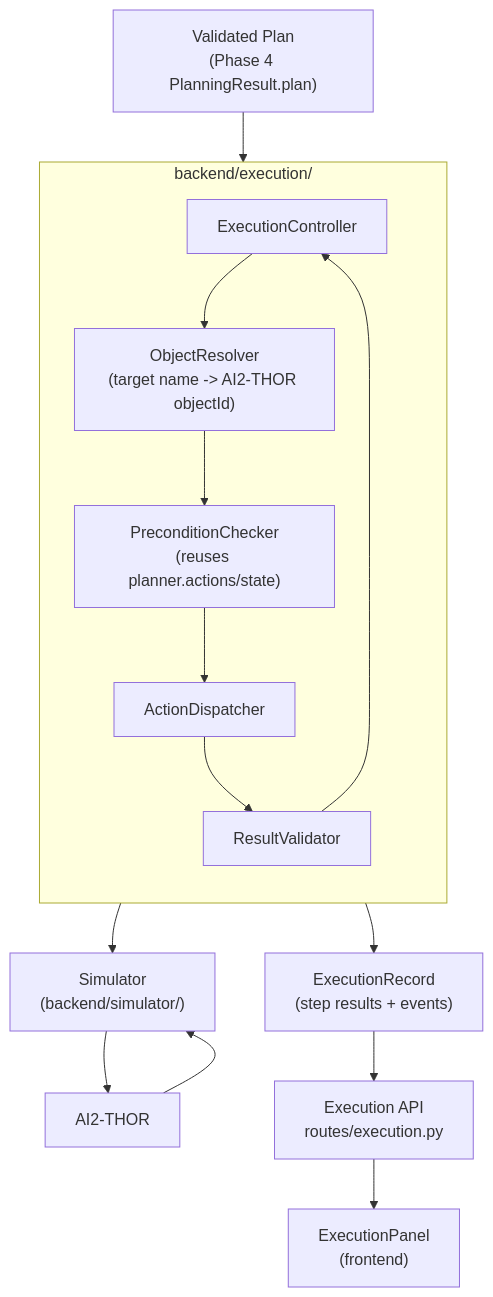
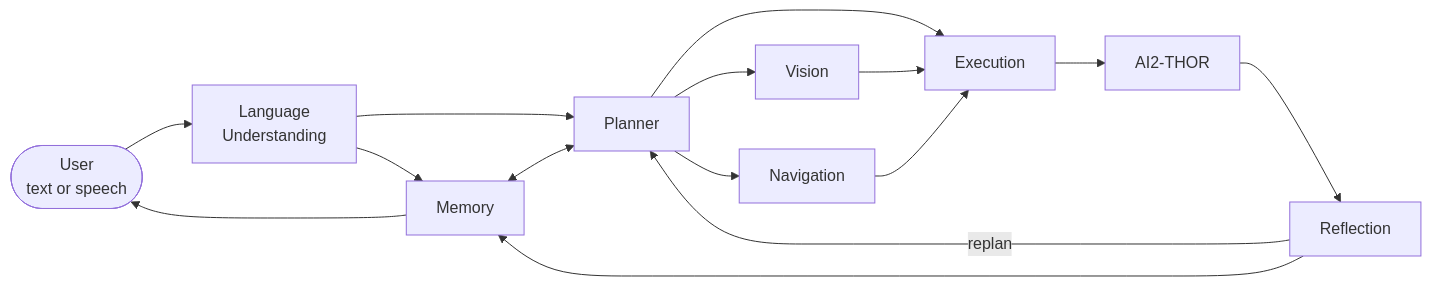
Before and after one commit to NaishaShetty/MILO: the diagram in README.md, drawn with Mermaid. The commit also changed other lines of this file and 6 other files, not shown here.

````diff
--- a/README.md
+++ b/README.md
@@ -654,20 +99,17 @@
 ```mermaid
-flowchart TD
-    PLAN["Validated Plan<br/>(Phase 4 PlanningResult.plan)"] --> EC["ExecutionController"]
-
-    subgraph EXEC["backend/execution/"]
-        direction TB
-        EC --> RES["ObjectResolver<br/>(target name -> AI2-THOR objectId)"]
-        RES --> PRE["PreconditionChecker<br/>(reuses planner.actions/state)"]
-        PRE --> DISP["ActionDispatcher"]
-        DISP --> VAL["ResultValidator"]
-        VAL --> EC
-    end
-
-    DISP --> SIM["Simulator<br/>(backend/simulator/)"]
-    SIM --> THOR["AI2-THOR"]
-    THOR --> SIM
-    EC --> REC["ExecutionRecord<br/>(step results + events)"]
-    REC --> API["Execution API<br/>routes/execution.py"]
-    API --> FRONTEND["ExecutionPanel<br/>(frontend)"]
+flowchart LR
+    User(["User<br/>text or speech"]) --> Lang["Language<br/>Understanding"]
+    Lang --> Memory["Memory"]
+    Lang --> Planner["Planner"]
+    Memory <--> Planner
+    Planner --> Vision["Vision"]
+    Planner --> Nav["Navigation"]
+    Planner --> Exec["Execution"]
+    Vision --> Exec
+    Nav --> Exec
+    Exec --> Sim["AI2-THOR"]
+    Sim --> Reflect["Reflection"]
+    Reflect -->|replan| Planner
+    Reflect --> Memory
+    Memory --> User
 ```
````
